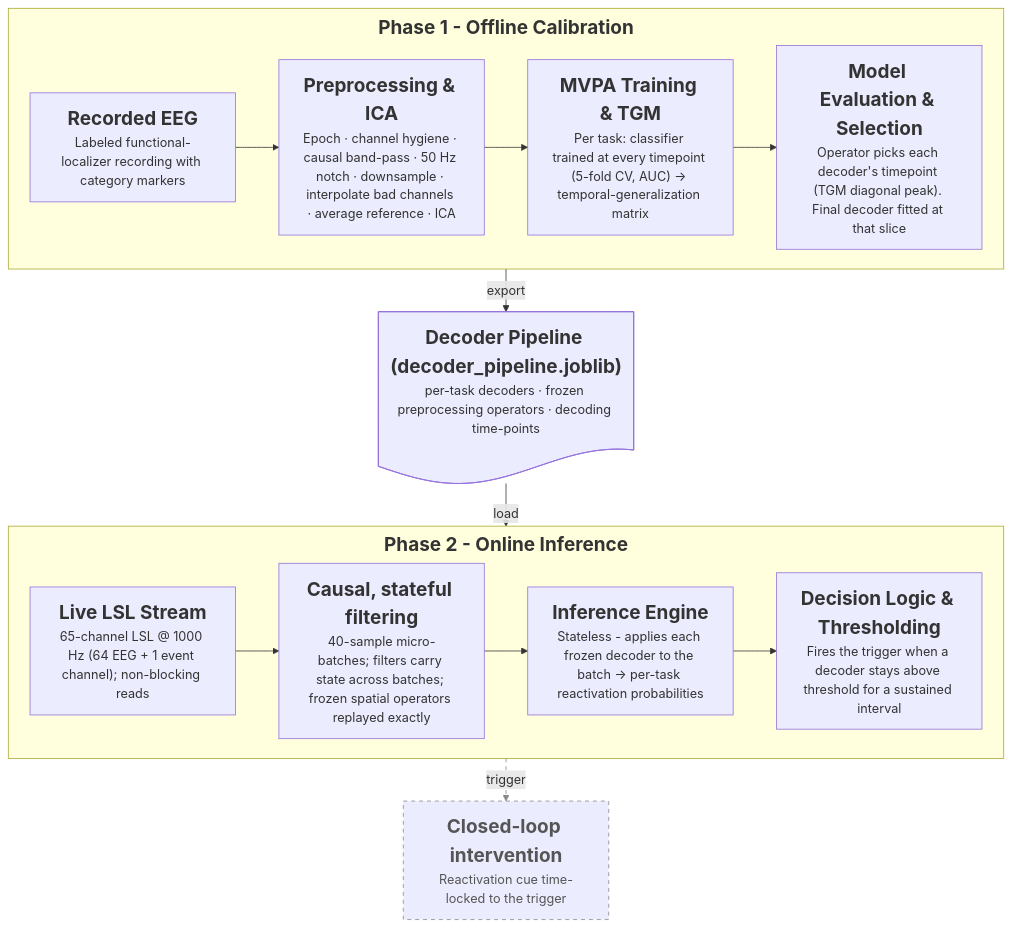
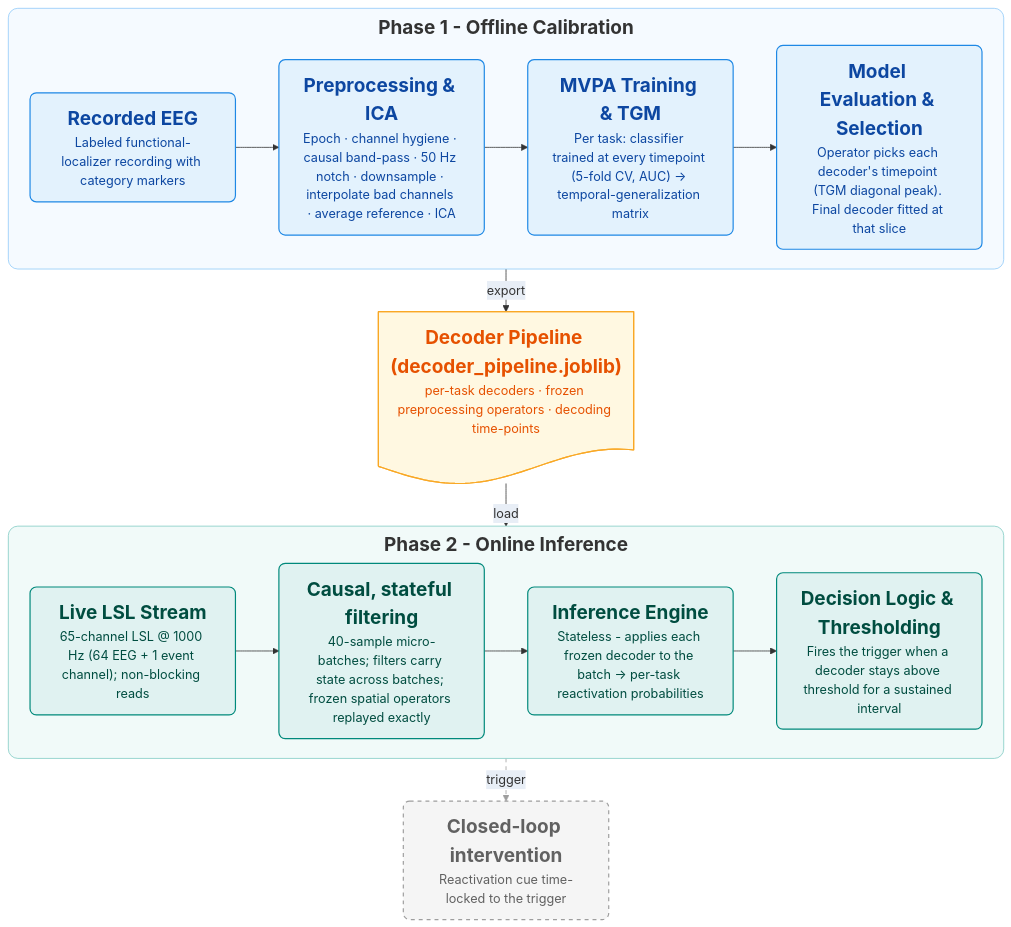
Before and after one commit to roiguri/live-reactivation-decoder: the second of 5 diagrams in docs/diagrams/Project Diagrams Blueprints.md, drawn with Mermaid. The commit also changed other lines of this file and 5 other files, not shown here.

First line of the commit message:
docs(diagrams): recolor figures with semantic palette + rounded corners

````diff
--- a/docs/diagrams/Project Diagrams Blueprints.md
+++ b/docs/diagrams/Project Diagrams Blueprints.md
@@ -94,41 +101,51 @@
 ```mermaid
 ---
 config:
+  themeVariables:
+    edgeLabelBackground: '#E8EEF6'
   flowchart:
     subGraphTitleMargin:
       top: 6
       bottom: 16
     rankSpacing: 30
     nodeSpacing: 30
 ---
 flowchart TB
     subgraph P1["<span style='font-size:24px'><b>Phase 1 - Offline Calibration</b></span>"]
         direction LR
         Data1["<span style='font-size:24px'><b>Recorded EEG</b></span><br><span style='font-size:16px'>Labeled functional-localizer recording with category markers</span>"]
         Pre1["<span style='font-size:24px'><b>Preprocessing & ICA</b></span><br><span style='font-size:16px'>Epoch · channel hygiene · causal band-pass · 50 Hz notch · downsample · interpolate bad channels · average reference · ICA</span>"]
         Train1["<span style='font-size:24px'><b>MVPA Training & TGM</b></span><br><span style='font-size:16px'>Per task: classifier trained at every timepoint (5-fold CV, AUC) → temporal-generalization matrix</span>"]
         Sel1["<span style='font-size:24px'><b>Model Evaluation & Selection</b></span><br><span style='font-size:16px'>Operator picks each decoder's timepoint (TGM diagonal peak). Final decoder fitted at that slice</span>"]
         Data1 --> Pre1 --> Train1 --> Sel1
     end
 
     Pipe@{ shape: doc, label: "<span style='font-size:24px'><b>Decoder Pipeline (decoder_pipeline.joblib)</b></span><br><span style='font-size:16px'>per-task decoders · frozen preprocessing operators · decoding time-points</span>" }
 
     subgraph P2["<span style='font-size:24px'><b>Phase 2 - Online Inference</b></span>"]
         direction LR
         Stream2["<span style='font-size:24px'><b>Live LSL Stream</b></span><br><span style='font-size:16px'>65-channel LSL @ 1000 Hz (64 EEG + 1 event channel); non-blocking reads</span>"]
         Filt2["<span style='font-size:24px'><b>Causal, stateful filtering</b></span><br><span style='font-size:16px'>40-sample micro-batches; filters carry state across batches; frozen spatial operators replayed exactly</span>"]
         Inf2["<span style='font-size:24px'><b>Inference Engine</b></span><br><span style='font-size:16px'>Stateless - applies each frozen decoder to the batch → per-task reactivation probabilities</span>"]
         Dec2["<span style='font-size:24px'><b>Decision Logic & Thresholding</b></span><br><span style='font-size:16px'>Fires the trigger when a decoder stays above threshold for a sustained interval</span>"]
         Stream2 --> Filt2 --> Inf2 --> Dec2
     end
 
     Interv["<span style='font-size:24px'><b>Closed-loop intervention</b></span><br><span style='font-size:16px'>Reactivation cue time-locked to the trigger</span>"]
 
     Sel1 -->|export| Pipe
     Pipe -->|load| P2
     Dec2 -->|trigger| Interv
 
-    classDef future stroke:#888,stroke-dasharray: 5 5,color:#555;
+    classDef offline fill:#E3F2FD,stroke:#1E88E5,stroke-width:1.5px,color:#0D47A1,rx:8,ry:8;
+    classDef online fill:#E0F2F1,stroke:#00897B,stroke-width:1.5px,color:#004D40,rx:8,ry:8;
+    classDef artifact fill:#FFF8E1,stroke:#F9A825,stroke-width:1.5px,color:#E65100;
+    classDef future fill:#F5F5F5,stroke:#9E9E9E,stroke-width:1.5px,stroke-dasharray: 5 5,color:#616161,rx:8,ry:8;
+    class Data1,Pre1,Train1,Sel1 offline;
+    class Stream2,Filt2,Inf2,Dec2 online;
+    class Pipe artifact;
     class Interv future;
-    linkStyle 8 stroke:#888,stroke-dasharray: 5 5;
+    style P1 fill:#F5FAFF,stroke:#90CAF9,rx:12,ry:12;
+    style P2 fill:#F1FAF9,stroke:#80CBC4,rx:12,ry:12;
+    linkStyle 8 stroke:#9E9E9E,stroke-dasharray: 5 5;
 ```
````
